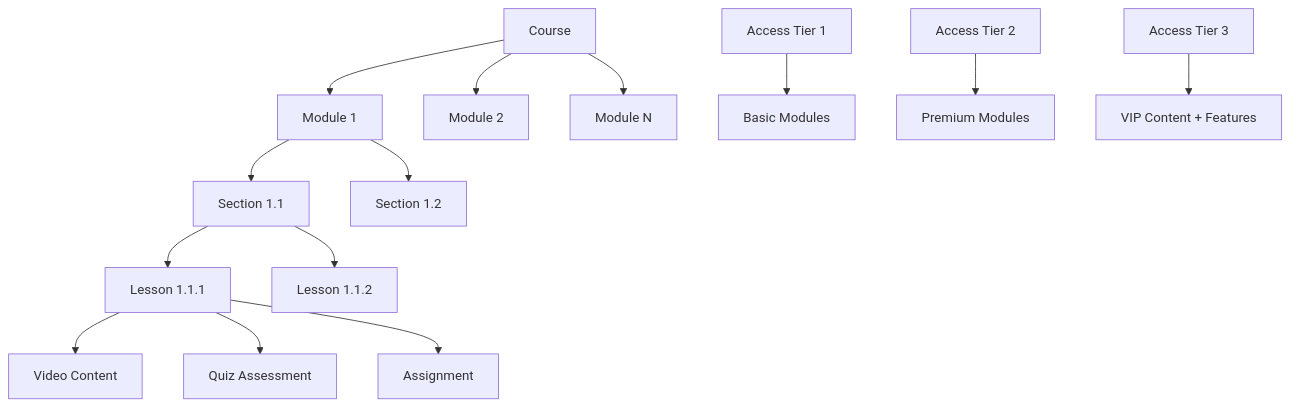
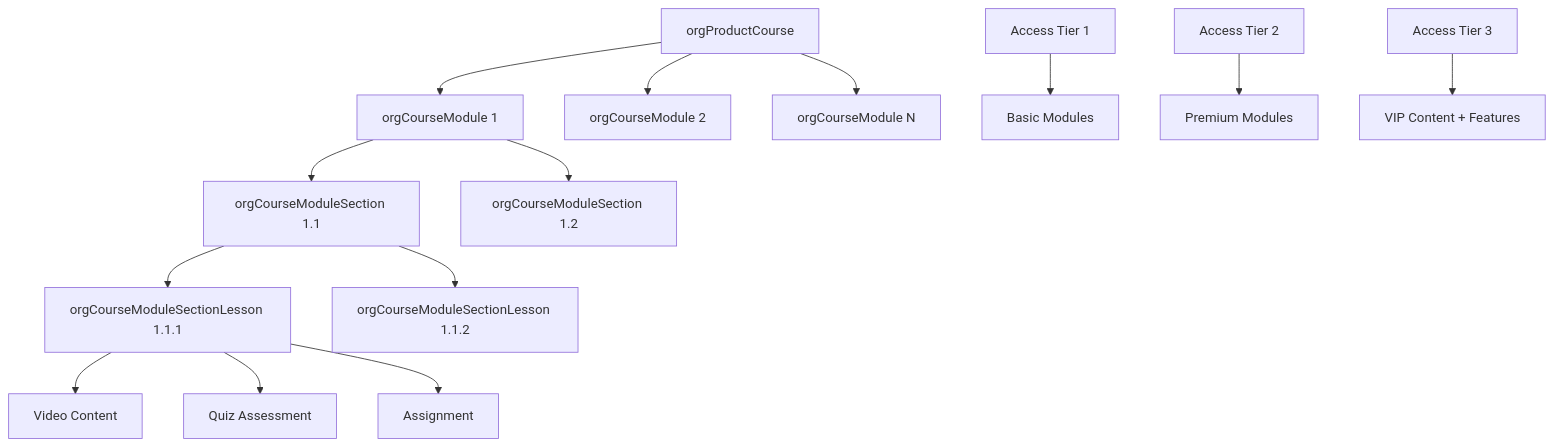
One commit to DreamEcho100/maze changed the first of 4 diagrams in apps/volmify/src/server/libs/db/schema/README.md. Above: the diagram before and after it, drawn with Mermaid. The commit also changed other lines of this file and 1 other file, not shown here.

Commit message:
refactor(schema): update product and translation table names for organization consistency

````diff
--- a/apps/volmify/src/server/libs/db/schema/README.md
+++ b/apps/volmify/src/server/libs/db/schema/README.md
@@ -146,20 +167,20 @@
 ```mermaid
 graph TD
-    A[Course] --> B[Module 1]
-    A --> C[Module 2]
-    A --> D[Module N]
+    A[orgProductCourse] --> B[orgCourseModule 1]
+    A --> C[orgCourseModule 2]
+    A --> D[orgCourseModule N]
     
-    B --> E[Section 1.1]
-    B --> F[Section 1.2]
+    B --> E[orgCourseModuleSection 1.1]
+    B --> F[orgCourseModuleSection 1.2]
     
-    E --> G[Lesson 1.1.1]
-    E --> H[Lesson 1.1.2]
+    E --> G[orgCourseModuleSectionLesson 1.1.1]
+    E --> H[orgCourseModuleSectionLesson 1.1.2]
     
     G --> I[Video Content]
     G --> J[Quiz Assessment]
     G --> K[Assignment]
     
     L[Access Tier 1] --> M[Basic Modules]
     N[Access Tier 2] --> O[Premium Modules]
     P[Access Tier 3] --> Q[VIP Content + Features]
 ```
````
